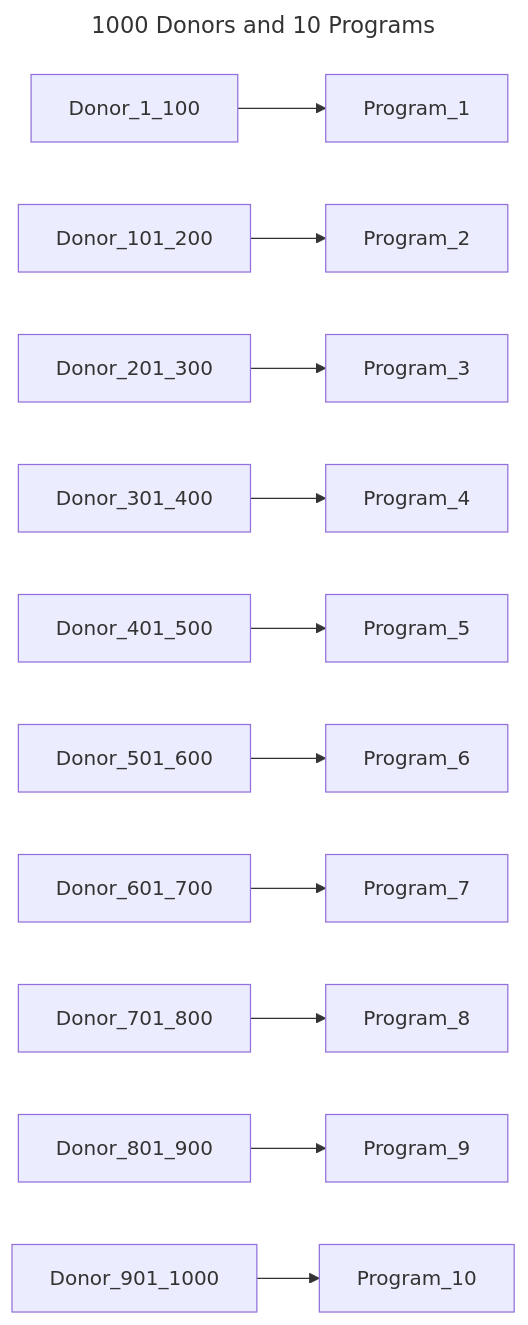
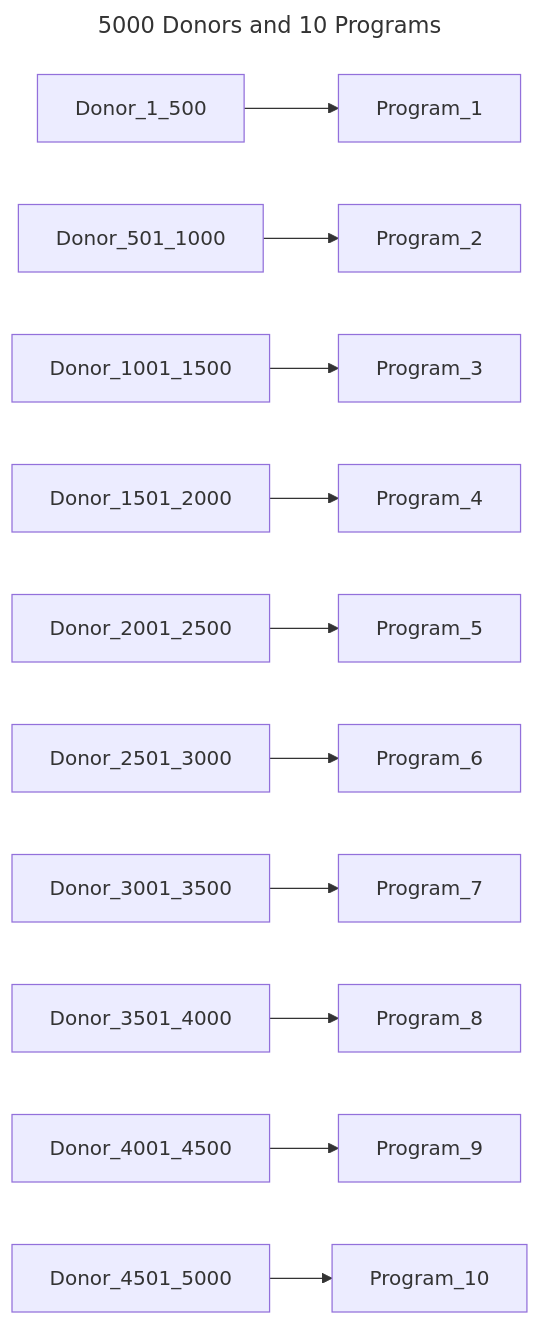
The first of 14 diagrams in chord_metadata_service/mohpackets/data/large_dataset/README.md (bento-platform/katsu), drawn with Mermaid before and after one commit. The commit also changed other lines of this file, not shown here.

````diff
--- a/chord_metadata_service/mohpackets/data/large_dataset/README.md
+++ b/chord_metadata_service/mohpackets/data/large_dataset/README.md
@@ -5,17 +5,17 @@
 ```mermaid
 ---
-title: 1000 Donors and 10 Programs
+title: 5000 Donors and 10 Programs
 ---
 graph LR;  
-  Donor_1_100 --> Program_1;
-  Donor_101_200 --> Program_2;  
-  Donor_201_300 --> Program_3;  
-  Donor_301_400 --> Program_4;  
-  Donor_401_500 --> Program_5;  
-  Donor_501_600 --> Program_6;  
-  Donor_601_700 --> Program_7;  
-  Donor_701_800 --> Program_8;  
-  Donor_801_900 --> Program_9;
-  Donor_901_1000 --> Program_10;    
+  Donor_1_500 --> Program_1;
+  Donor_501_1000 --> Program_2;  
+  Donor_1001_1500 --> Program_3;  
+  Donor_1501_2000 --> Program_4;  
+  Donor_2001_2500 --> Program_5;  
+  Donor_2501_3000 --> Program_6;  
+  Donor_3001_3500 --> Program_7;  
+  Donor_3501_4000 --> Program_8;  
+  Donor_4001_4500 --> Program_9;
+  Donor_4501_5000 --> Program_10;    
  
 ```
````
